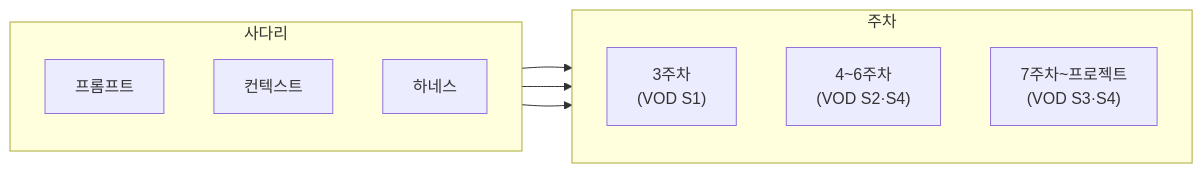
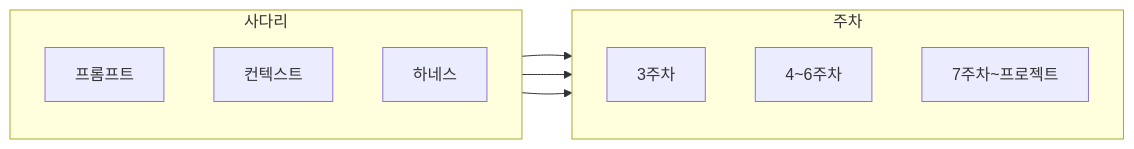
One commit to 2026-ai-service-engineering-a/ai_service_engineering-track_a changed the eighth of 19 diagrams in site/src/content/slides/ko/session-01/index.mdx. Above: the diagram before and after it, drawn with Mermaid. The commit also changed other lines of this file, not shown here.

First line of the commit message:
Bring the deck to parity with the course page, drop VOD prompts

````diff
--- a/site/src/content/slides/ko/session-01/index.mdx
+++ b/site/src/content/slides/ko/session-01/index.mdx
@@ -373,18 +373,18 @@
 ```mermaid
 flowchart LR
     subgraph ladder["사다리"]
         direction TB
         P["프롬프트"]
         C["컨텍스트"]
         H["하네스"]
     end
     subgraph weeks["주차"]
         direction TB
-        WP["3주차<br/>(VOD S1)"]
-        WC["4~6주차<br/>(VOD S2·S4)"]
-        WH["7주차~프로젝트<br/>(VOD S3·S4)"]
+        WP["3주차"]
+        WC["4~6주차"]
+        WH["7주차~프로젝트"]
     end
     P --> WP
     C --> WC
     H --> WH
 ```
````
